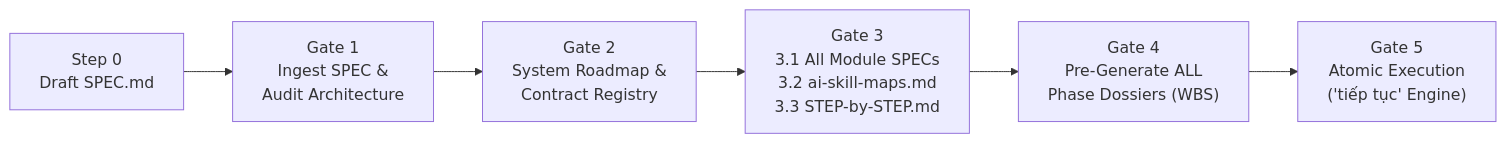
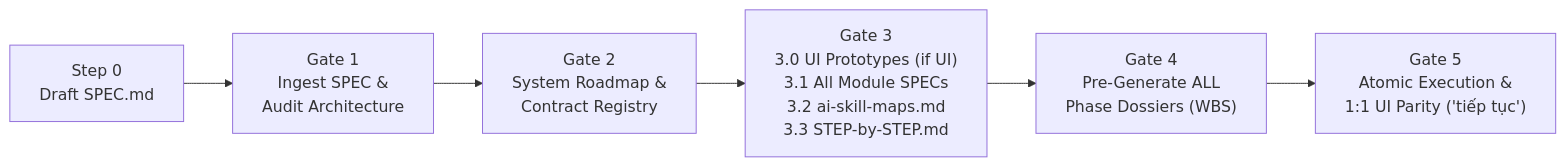
The diagram in README.md (chien5572/ntc-micro-harness), drawn with Mermaid before and after one commit. The commit also changed other lines of this file and 18 other files, not shown here.

Commit message:
feat(harness): add Gate 3.0 UI prototype registry, 1:1 parity rules, and mechanical validator checks

````diff
--- a/README.md
+++ b/README.md
@@ -188,8 +197,8 @@
 ```mermaid
 flowchart LR
     S0["Step 0<br/>Draft SPEC.md"] --> G1["Gate 1<br/>Ingest SPEC &<br/>Audit Architecture"]
     G1 --> G2["Gate 2<br/>System Roadmap &<br/>Contract Registry"]
-    G2 --> G3["Gate 3<br/>3.1 All Module SPECs<br/>3.2 ai-skill-maps.md<br/>3.3 STEP-by-STEP.md"]
+    G2 --> G3["Gate 3<br/>3.0 UI Prototypes (if UI)<br/>3.1 All Module SPECs<br/>3.2 ai-skill-maps.md<br/>3.3 STEP-by-STEP.md"]
     G3 --> G4["Gate 4<br/>Pre-Generate ALL<br/>Phase Dossiers (WBS)"]
-    G4 --> G5["Gate 5<br/>Atomic Execution<br/>('tiếp tục' Engine)"]
+    G4 --> G5["Gate 5<br/>Atomic Execution &<br/>1:1 UI Parity ('tiếp tục')"]
 ```
````
